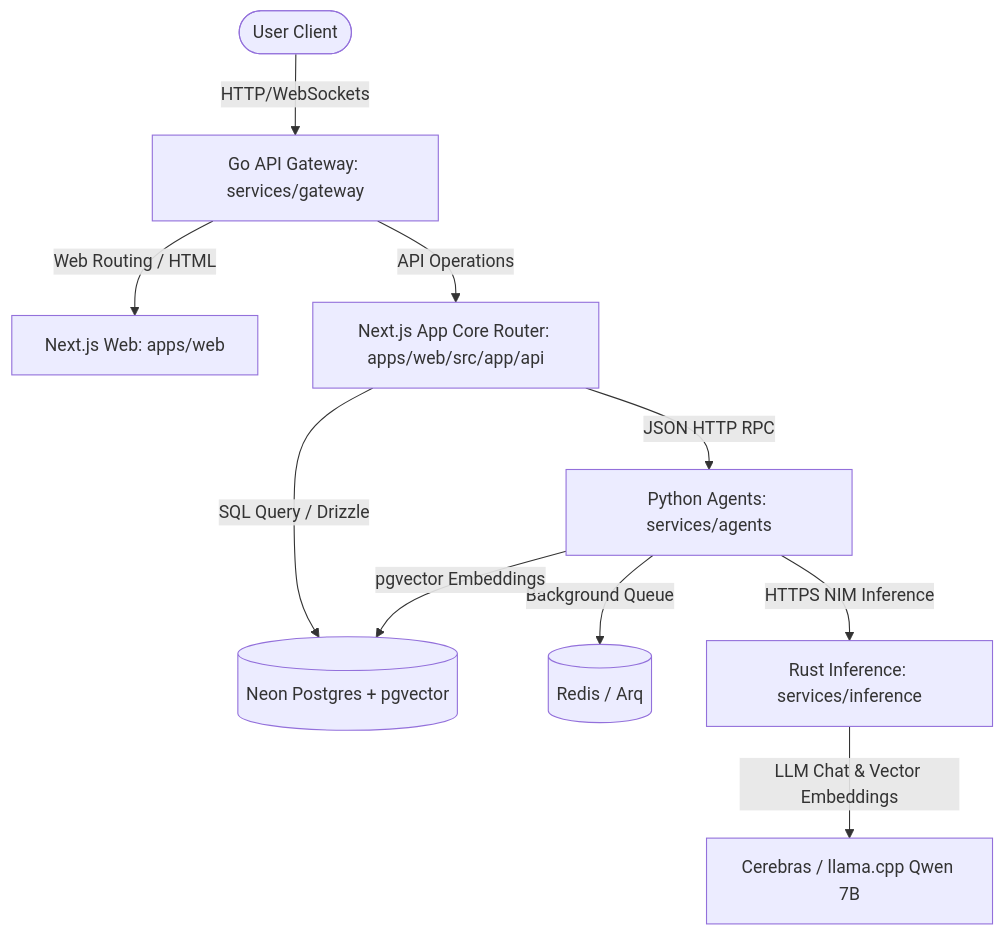
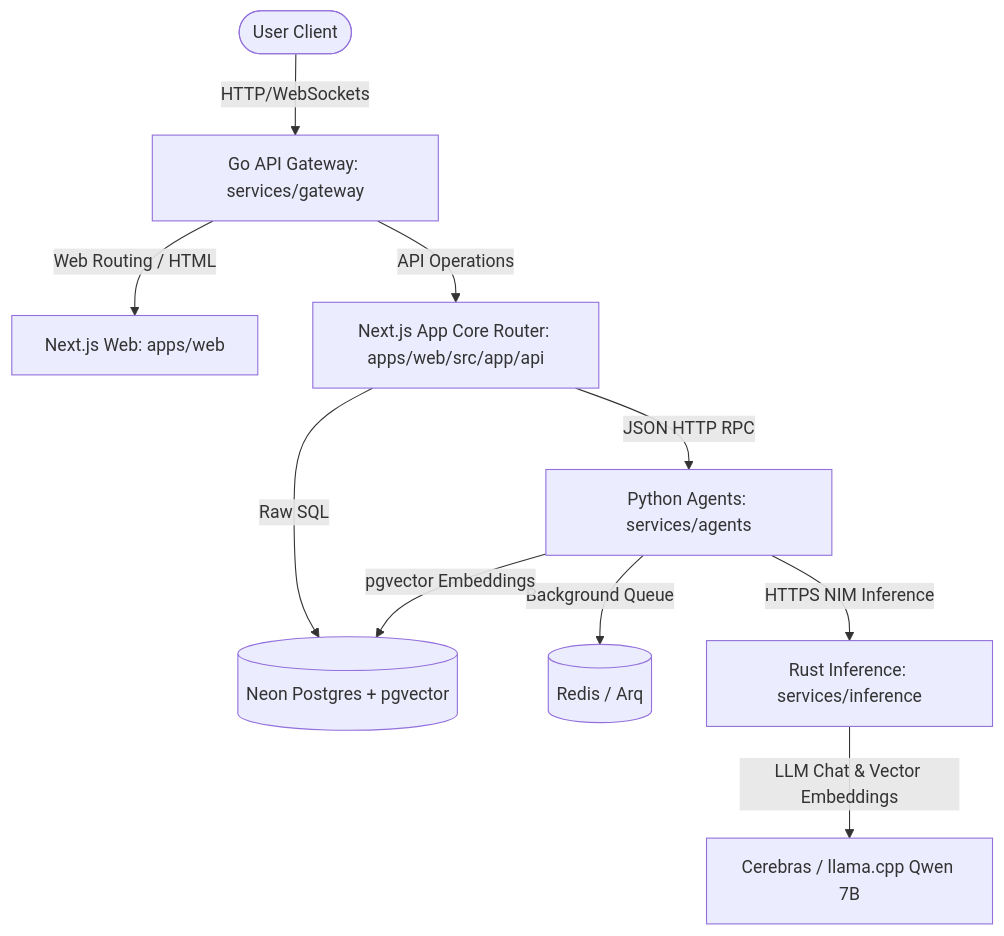
One commit to singhaditya21/school-sis changed the diagram in docs/product/specs/architecture.md. Above: the diagram before and after it, drawn with Mermaid. The commit also changed other lines of this file and 9 other files, not shown here.

````diff
--- a/docs/product/specs/architecture.md
+++ b/docs/product/specs/architecture.md
@@ -9,12 +9,12 @@
 ```mermaid
 graph TD
     User([User Client]) -->|HTTP/WebSockets| GW[Go API Gateway: services/gateway]
     GW -->|Web Routing / HTML| FE[Next.js Web: apps/web]
     GW -->|API Operations| BE[Next.js App Core Router: apps/web/src/app/api]
-    BE -->|SQL Query / Drizzle| DB[(Neon Postgres + pgvector)]
+    BE -->|Raw SQL| DB[(Neon Postgres + pgvector)]
     BE -->|JSON HTTP RPC| AG[Python Agents: services/agents]
     AG -->|Background Queue| RD[(Redis / Arq)]
     AG -->|pgvector Embeddings| DB
     AG -->|HTTPS NIM Inference| INF[Rust Inference: services/inference]
     INF -->|LLM Chat & Vector Embeddings| LLM[Cerebras / llama.cpp Qwen 7B]
 ```
````
